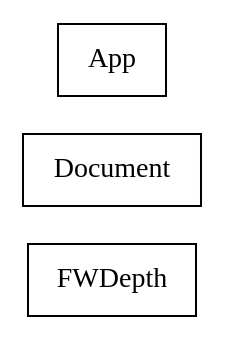
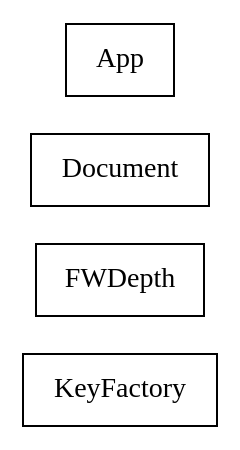
Before and after one commit to sekati/sasapi: the diagram in docs/com/sekati/core/classes.dot, drawn with Graphviz. The commit also changed 45 other files, not shown here.

```diff
--- a/docs/com/sekati/core/classes.dot
+++ b/docs/com/sekati/core/classes.dot
@@ -1,21 +1,27 @@
 strict digraph class_diagram {
   rankdir=LR;
+  TypeKeyFactory[
+    label="KeyFactory",
+    URL="KeyFactory.html",
+    tooltip="com.sekati.core.KeyFactory",
+    shape="record"
+  ];
   TypeFWDepth[
     label="FWDepth",
     URL="FWDepth.html",
     tooltip="com.sekati.core.FWDepth",
     shape="record"
   ];
   TypeDocument[
     label="Document",
     URL="Document.html",
     tooltip="com.sekati.core.Document",
     shape="record"
   ];
   TypeApp[
     label="App",
     URL="App.html",
     tooltip="com.sekati.core.App",
     shape="record"
   ];
 }
```
